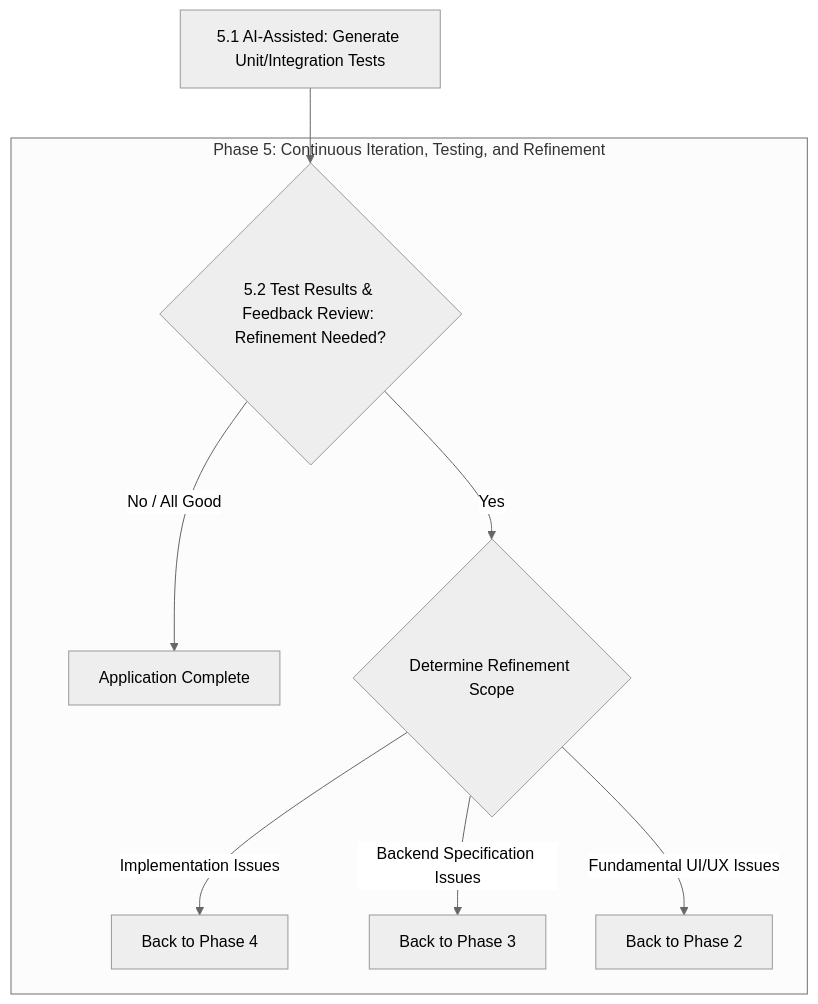
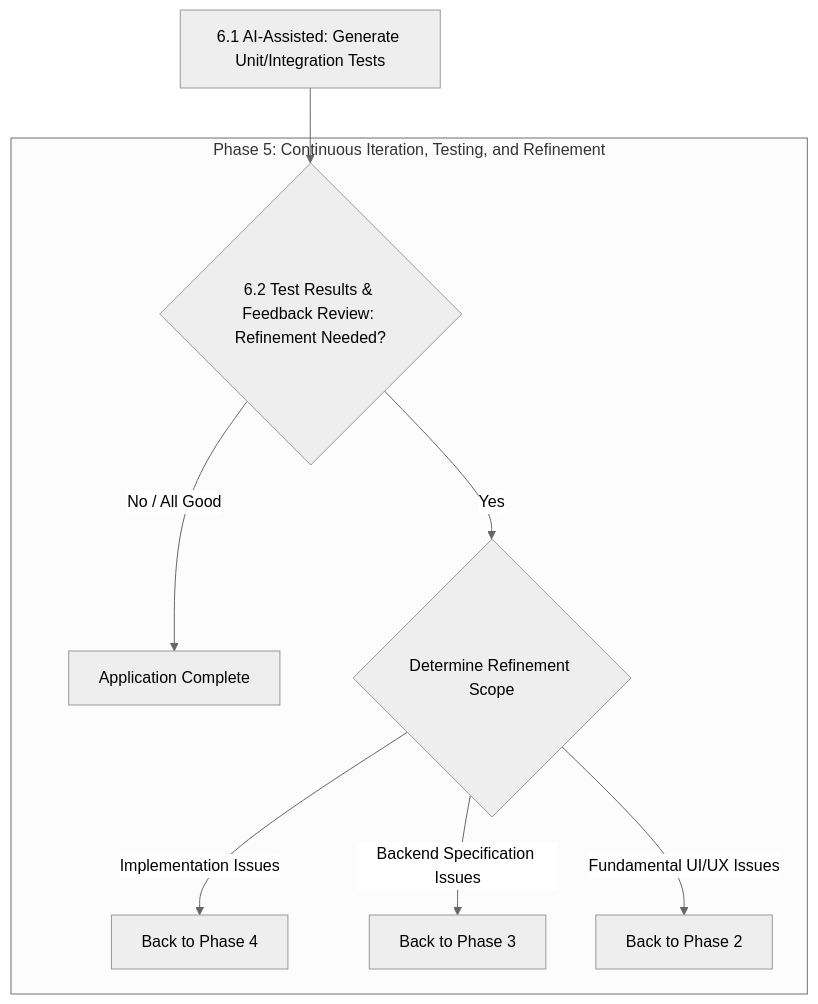
One commit to Mharbulous/Front-First-Method changed the diagram in Method/FF-phase5.md. Above: the diagram before and after it, drawn with Mermaid (neutral theme). The commit also changed 3 other files, not shown here.

````diff
--- a/Method/FF-phase5.md
+++ b/Method/FF-phase5.md
@@ -1,12 +1,12 @@
 ```mermaid
 graph TD
-    E1["5.1 AI-Assisted: Generate Unit/Integration Tests"] --> E2_Val{"5.2 Test Results & Feedback Review: Refinement Needed?"}
+    E1["6.1 AI-Assisted: Generate Unit/Integration Tests"] --> E2_Val{"6.2 Test Results & Feedback Review: Refinement Needed?"}
     
     subgraph Phase5 ["Phase 5: Continuous Iteration, Testing, and Refinement"]
         E2_Val -->|No / All Good| F["Application Complete"]
         E2_Val -->|Yes| E_Refine_Decision{"Determine Refinement Scope"}
         E_Refine_Decision -->|Implementation Issues| D_Loop_Start["Back to Phase 4"]
         E_Refine_Decision -->|Backend Specification Issues| C1["Back to Phase 3"]
         E_Refine_Decision -->|Fundamental UI/UX Issues| B1["Back to Phase 2"]
     end
 ```
````
